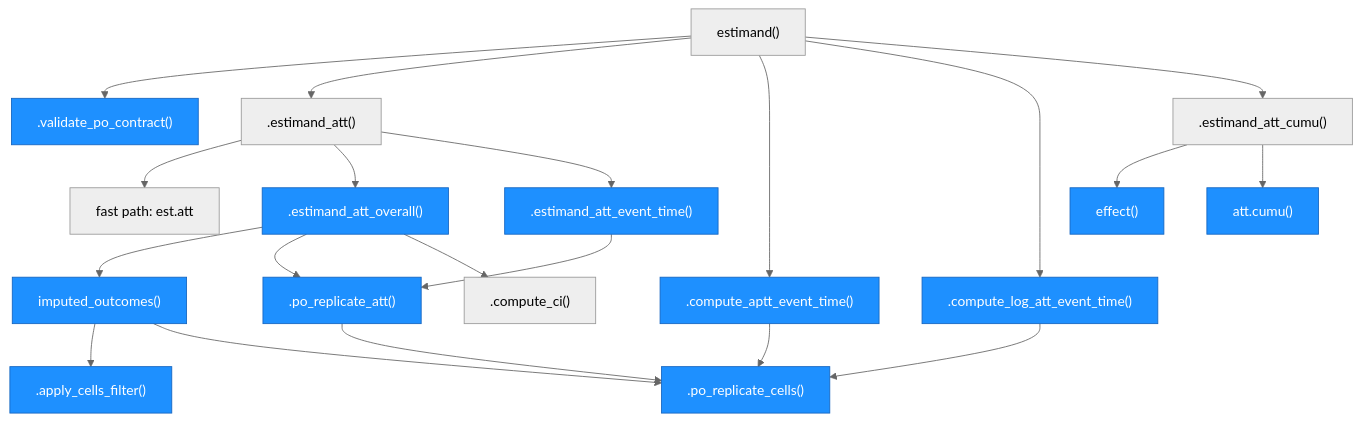
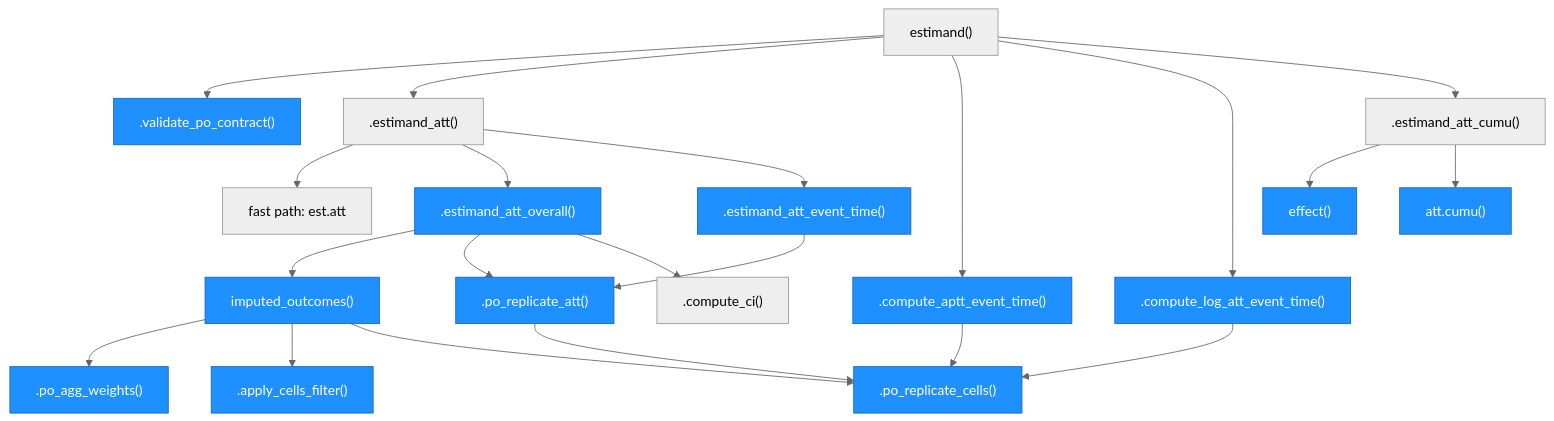
Before and after one commit to xuyiqing/fect: the fourth of 5 diagrams in ARCHITECTURE.md, drawn with Mermaid. The commit also changed other lines of this file, not shown here.

First line of the commit message:
docs: ARCHITECTURE.md covers the fixes ported onto PR #151

````diff
--- a/ARCHITECTURE.md
+++ b/ARCHITECTURE.md
@@ -285,52 +290,55 @@
 ```mermaid
 %%{init: {'theme': 'neutral'}}%%
 graph TD
     ES["estimand()"]
     VC[".validate_po_contract()"]
     EA[".estimand_att()"]
     FP["fast path: est.att"]
     OV[".estimand_att_overall()"]
     ET[".estimand_att_event_time()"]
     AP[".compute_aptt_event_time()"]
     LA[".compute_log_att_event_time()"]
     CU[".estimand_att_cumu()"]
     EF["effect()"]
     AC["att.cumu()"]
     IO["imputed_outcomes()"]
+    AW[".po_agg_weights()"]
     CF[".apply_cells_filter()"]
     RA[".po_replicate_att()"]
     RC[".po_replicate_cells()"]
     CI[".compute_ci()"]
 
     ES --> VC
     ES --> EA
     ES --> AP
     ES --> LA
     ES --> CU
     EA --> FP
     EA --> OV
     EA --> ET
     OV --> IO
+    IO --> AW
     IO --> CF
     IO --> RC
     OV --> RA
     ET --> RA
     RA --> RC
     AP --> RC
     LA --> RC
     OV --> CI
     CU --> EF
     CU --> AC
 
     style VC fill:#1e90ff,stroke:#1565c0,color:#fff
     style OV fill:#1e90ff,stroke:#1565c0,color:#fff
     style ET fill:#1e90ff,stroke:#1565c0,color:#fff
     style AP fill:#1e90ff,stroke:#1565c0,color:#fff
     style LA fill:#1e90ff,stroke:#1565c0,color:#fff
     style IO fill:#1e90ff,stroke:#1565c0,color:#fff
+    style AW fill:#1e90ff,stroke:#1565c0,color:#fff
     style CF fill:#1e90ff,stroke:#1565c0,color:#fff
     style RA fill:#1e90ff,stroke:#1565c0,color:#fff
     style RC fill:#1e90ff,stroke:#1565c0,color:#fff
     style EF fill:#1e90ff,stroke:#1565c0,color:#fff
     style AC fill:#1e90ff,stroke:#1565c0,color:#fff
 ```
````
